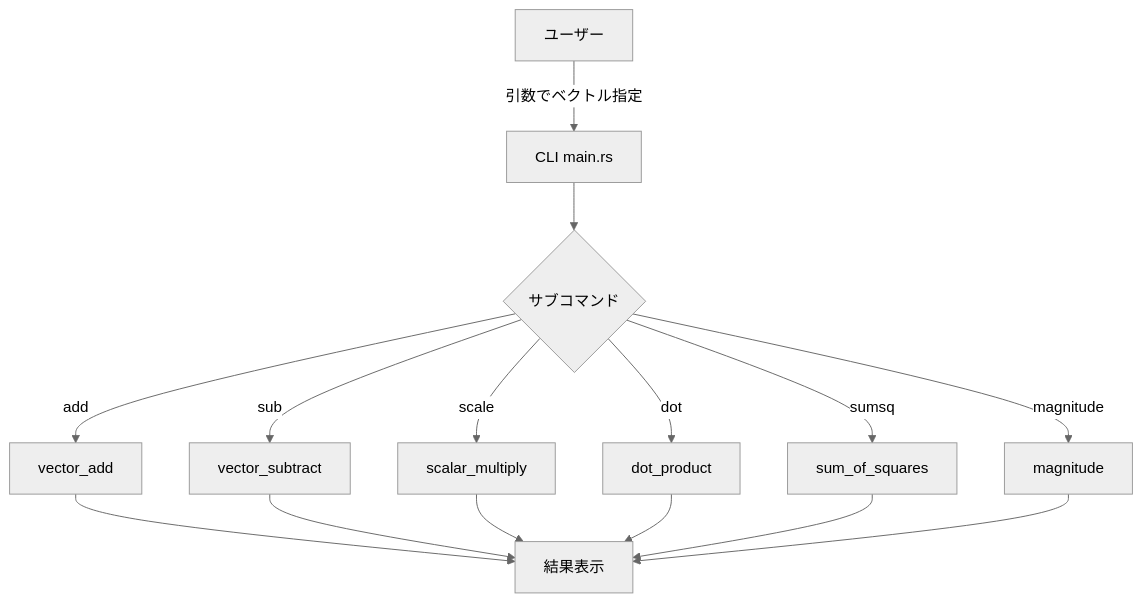
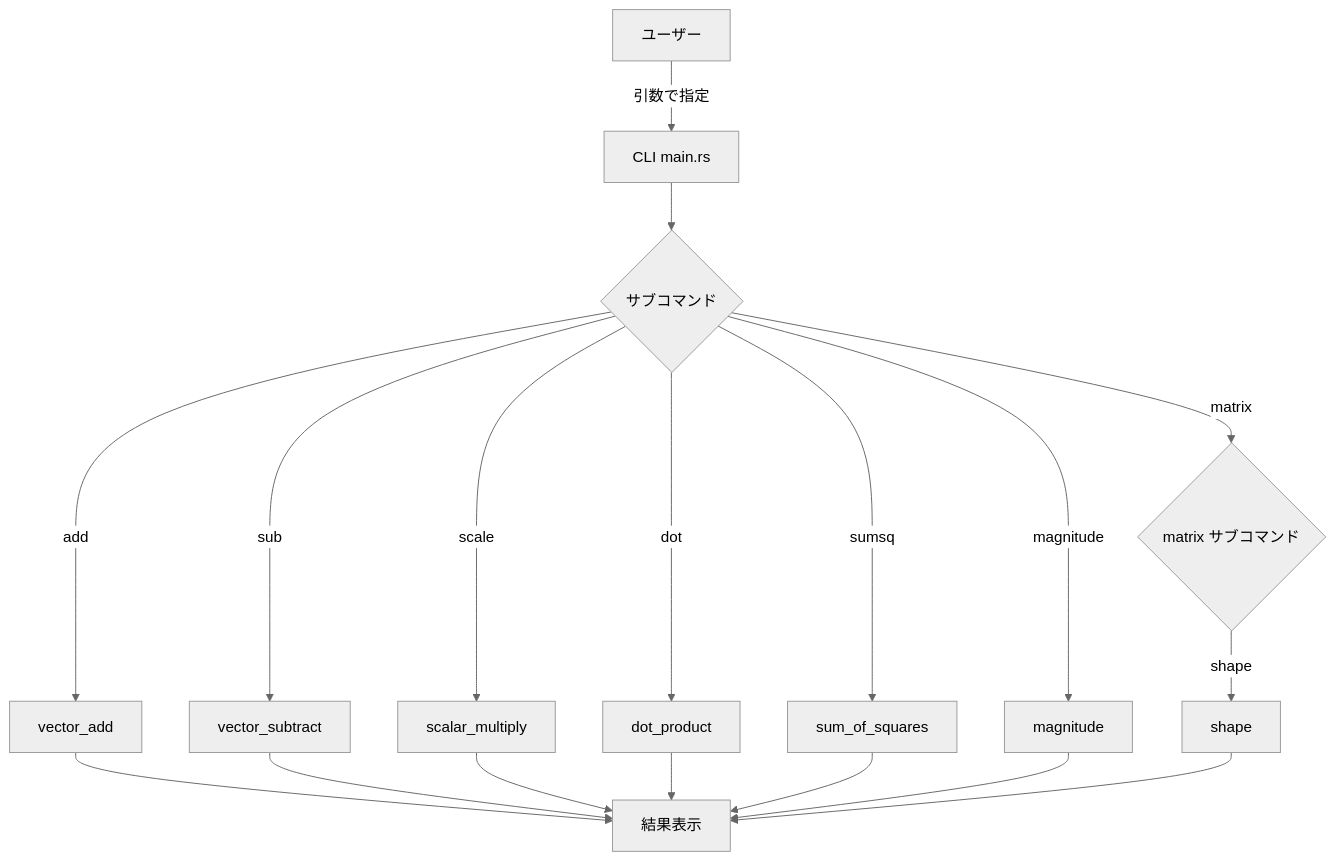
The diagram in 04_linear-algebra/docs/functional-design.md (miyatama/learn-data-science-from-scratch), drawn with Mermaid (neutral theme) before and after one commit. The commit also changed other lines of this file and 6 other files, not shown here.

````diff
--- a/04_linear-algebra/docs/functional-design.md
+++ b/04_linear-algebra/docs/functional-design.md
@@ -48,17 +64,20 @@
 ```mermaid
 graph TD
-    A[ユーザー] -->|引数でベクトル指定| B[CLI main.rs]
+    A[ユーザー] -->|引数で指定| B[CLI main.rs]
     B --> C{サブコマンド}
     C -->|add| D[vector_add]
     C -->|sub| E[vector_subtract]
     C -->|scale| F[scalar_multiply]
     C -->|dot| G[dot_product]
     C -->|sumsq| H[sum_of_squares]
     C -->|magnitude| I[magnitude]
+    C -->|matrix| M{matrix サブコマンド}
+    M -->|shape| N[shape]
     D --> J[結果表示]
     E --> J
     F --> J
     G --> J
     H --> J
     I --> J
+    N --> J
 ```
````
